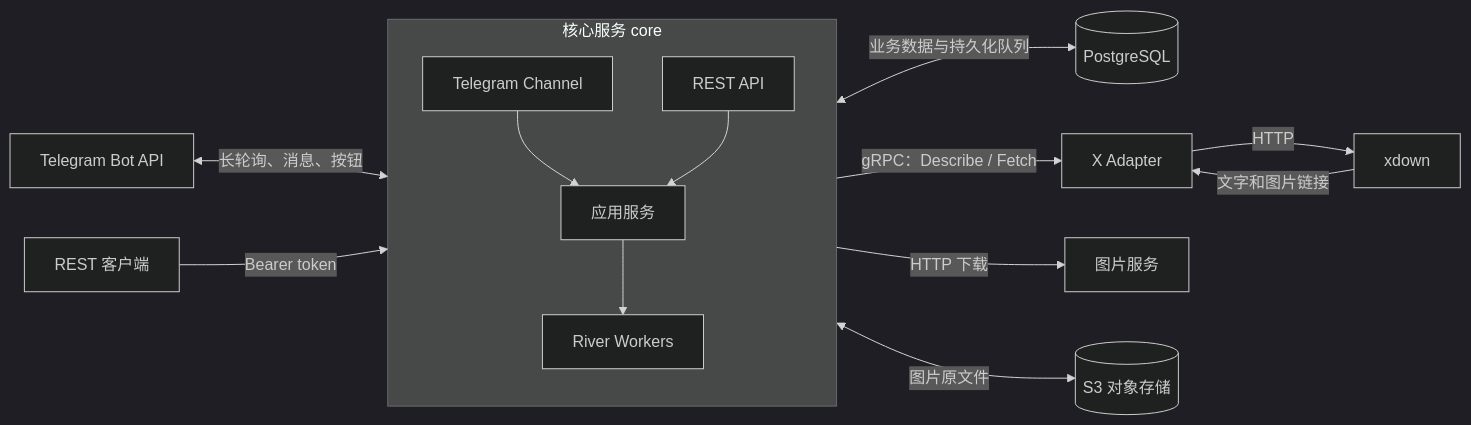
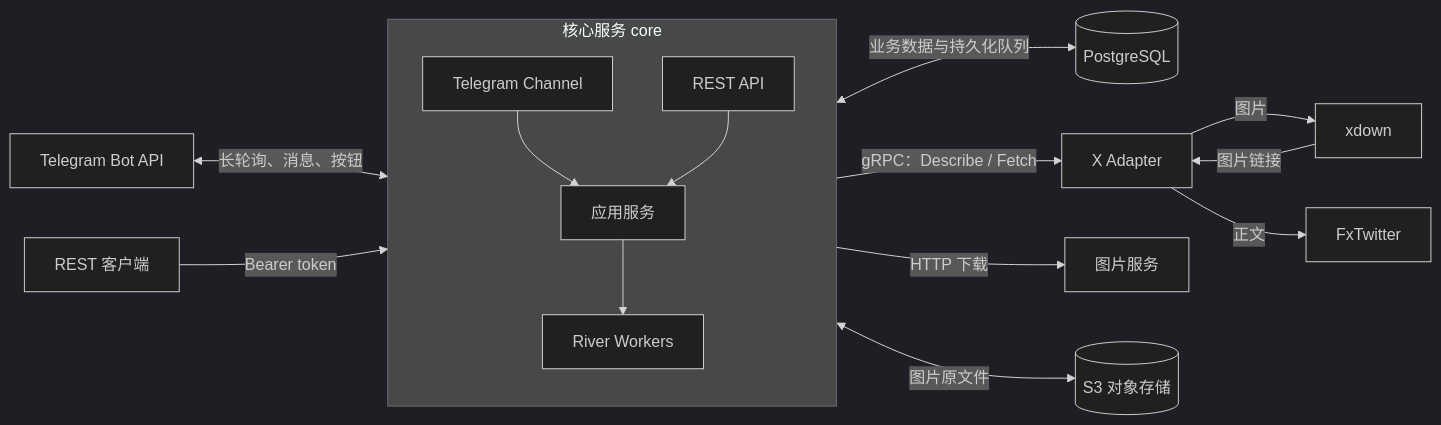
Before and after one commit to sxzz/midden: the first of 2 diagrams in docs/architecture.md, drawn with Mermaid (dark theme). The commit also changed other lines of this file and 15 other files, not shown here.

````diff
--- a/docs/architecture.md
+++ b/docs/architecture.md
@@ -7,20 +7,21 @@
 ```mermaid
 flowchart LR
     TG[Telegram Bot API] <-->|长轮询、消息、按钮| Core
     API[REST 客户端] -->|Bearer token| Core
     subgraph Core[核心服务 core]
         Channel[Telegram Channel]
         REST[REST API]
         App[应用服务]
         Workers[River Workers]
         Channel --> App
         REST --> App
         App --> Workers
     end
     Core <-->|业务数据与持久化队列| PG[(PostgreSQL)]
     Core -->|gRPC：Describe / Fetch| Adapter[X Adapter]
-    Adapter -->|HTTP| Provider[xdown]
-    Provider -->|文字和图片链接| Adapter
+    Adapter -->|图片| Provider[xdown]
+    Adapter -->|正文| TextSource[FxTwitter]
+    Provider -->|图片链接| Adapter
     Core -->|HTTP 下载| Media[图片服务]
     Core <-->|图片原文件| S3[(S3 对象存储)]
 ```
````
